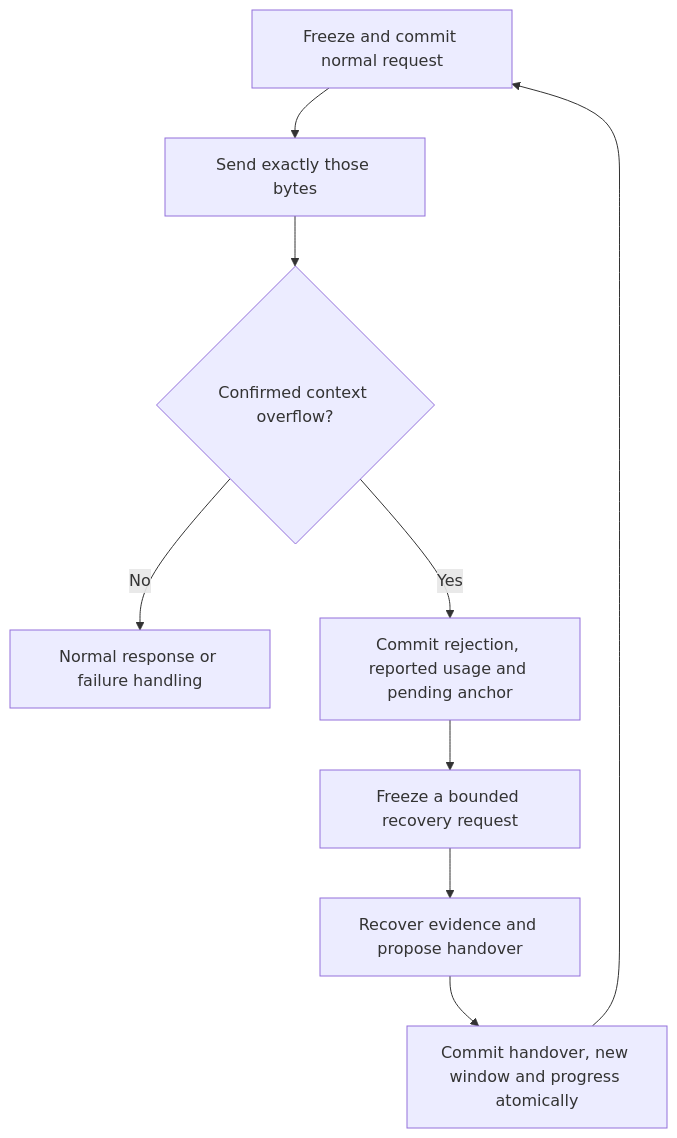
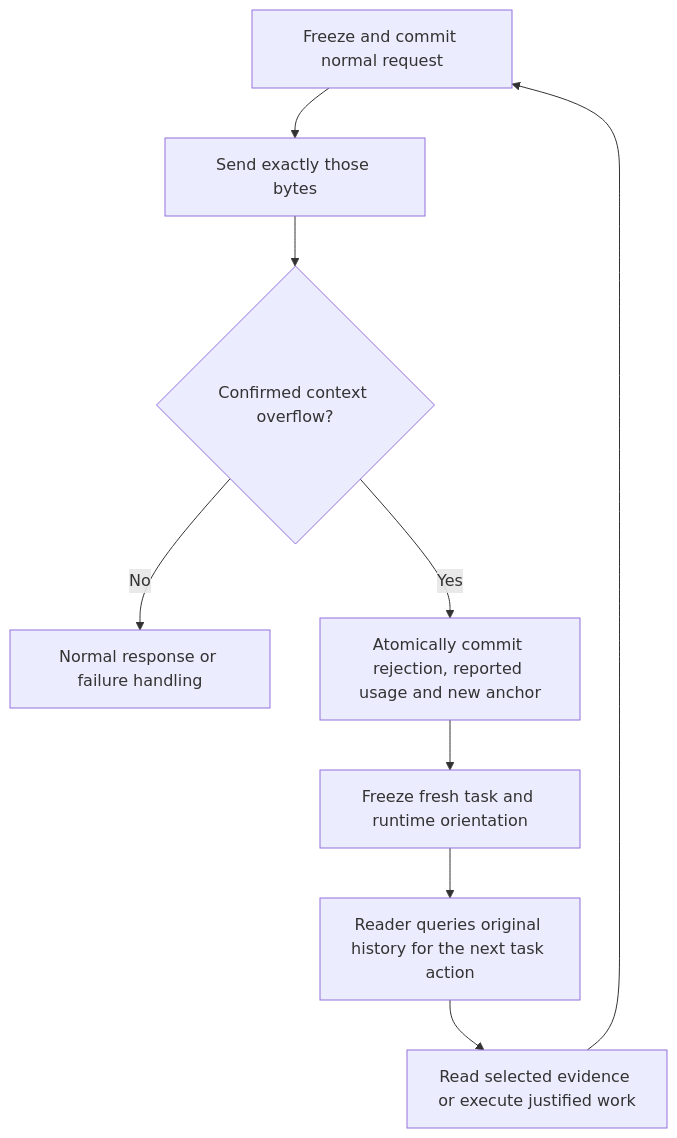
The diagram in docs/provider-context-recovery-research.md (ChrAlpha/canti), drawn with Mermaid before and after one commit. The commit also changed other lines of this file, not shown here.

Commit message:
docs(research): make context recovery reader-driven

````diff
--- a/docs/provider-context-recovery-research.md
+++ b/docs/provider-context-recovery-research.md
@@ -268,11 +317,11 @@
 ```mermaid
 flowchart TD
     A[Freeze and commit normal request] --> B[Send exactly those bytes]
     B --> C{Confirmed context overflow?}
     C -->|No| D[Normal response or failure handling]
-    C -->|Yes| E[Commit rejection, reported usage and pending anchor]
-    E --> F[Freeze a bounded recovery request]
-    F --> G[Recover evidence and propose handover]
-    G --> H[Commit handover, new window and progress atomically]
+    C -->|Yes| E[Atomically commit rejection, reported usage and new anchor]
+    E --> F[Freeze fresh task and runtime orientation]
+    F --> G[Reader queries original history for the next task action]
+    G --> H[Read selected evidence or execute justified work]
     H --> A
 ```
````
